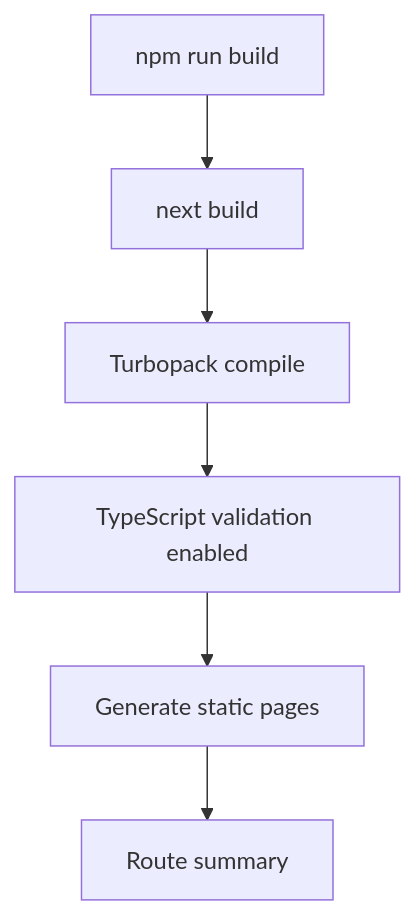
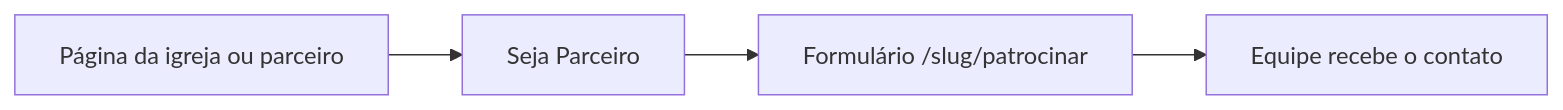
The fourth of 4 diagrams in docs/fluxos.md (victorpessoa-dev/telao-online), drawn with Mermaid before and after one commit. The commit also changed other lines of this file and 13 other files, not shown here.

````diff
--- a/docs/fluxos.md
+++ b/docs/fluxos.md
@@ -85,8 +45,6 @@
 ```mermaid
-flowchart TD
-  A[npm run build] --> B[next build]
-  B --> C[Turbopack compile]
-  C --> D[TypeScript validation enabled]
-  D --> E[Generate static pages]
-  E --> F[Route summary]
+flowchart LR
+  A[Página da igreja ou parceiro] --> B[Seja Parceiro]
+  B --> C[Formulário /slug/patrocinar]
+  C --> D[Equipe recebe o contato]
 ```
````
